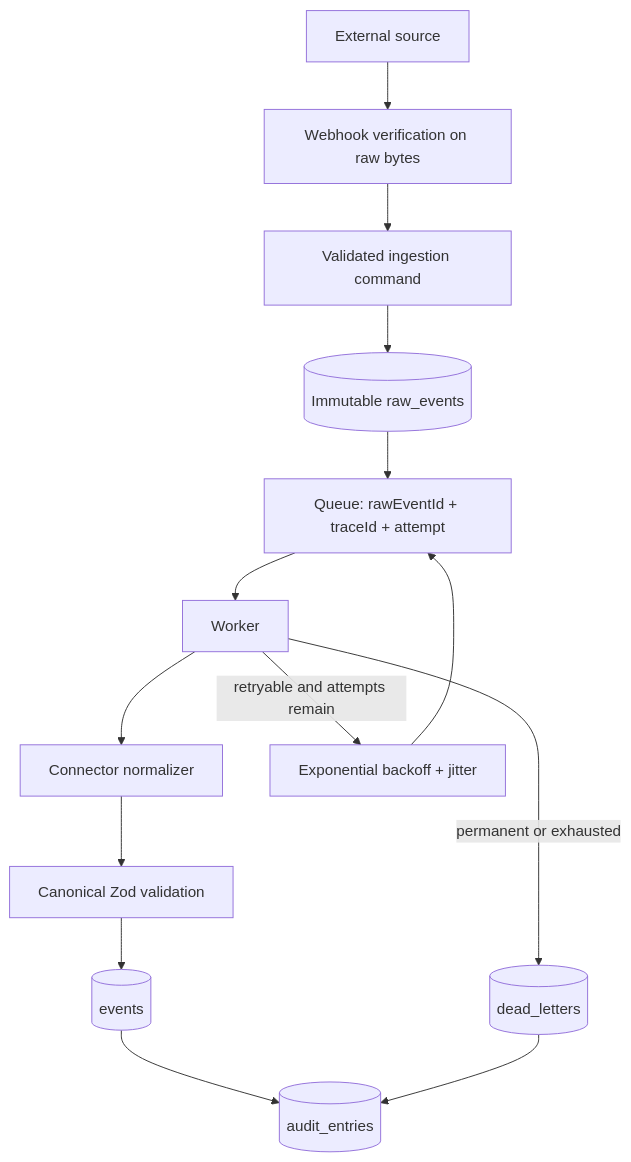
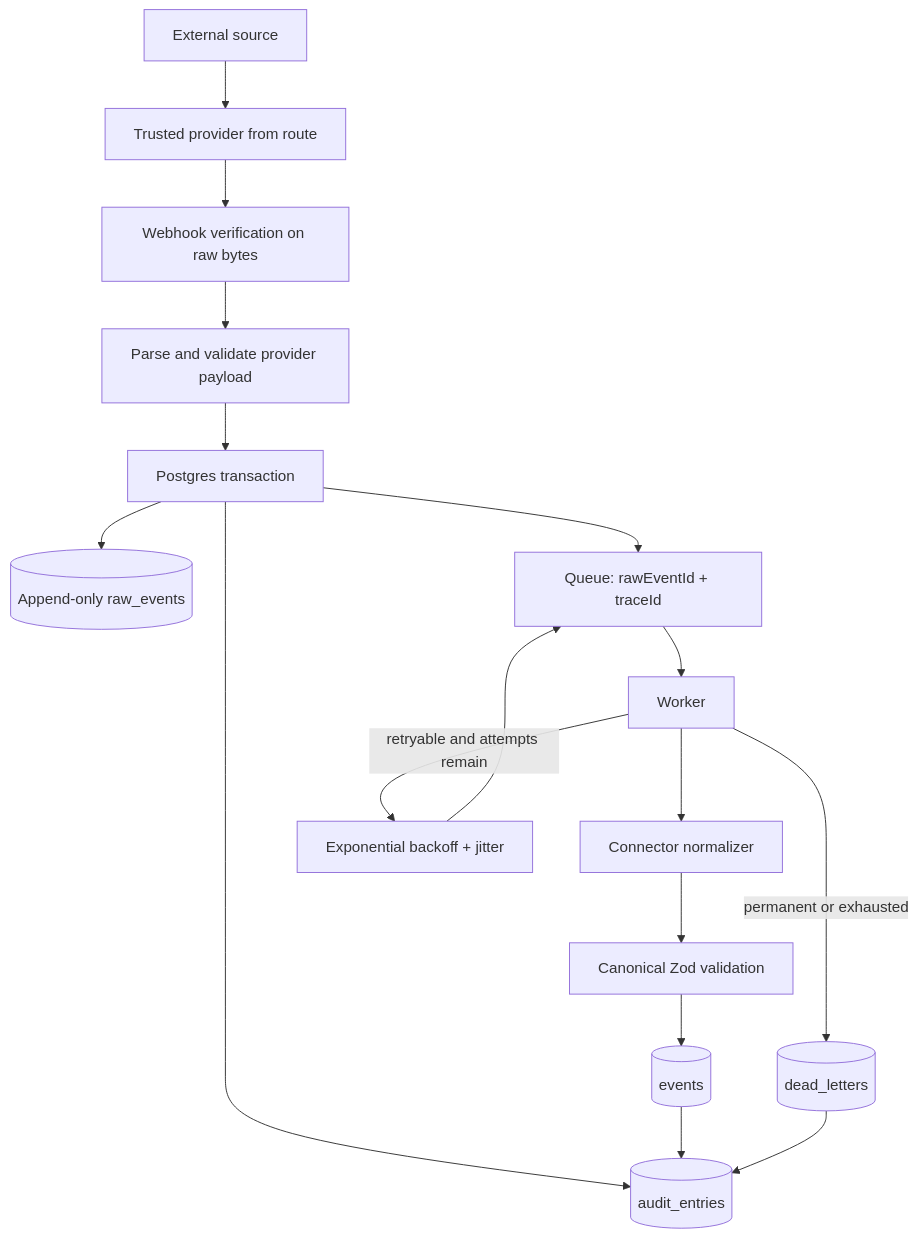
Before and after one commit to Mlekolaz/zentra-hq: the diagram in docs/architecture/EVENT_FLOW.md, drawn with Mermaid. The commit also changed other lines of this file and 39 other files, not shown here.

Commit message:
fix: harden Zentra HQ event ingestion and queue semantics

````diff
--- a/docs/architecture/EVENT_FLOW.md
+++ b/docs/architecture/EVENT_FLOW.md
@@ -3,16 +3,19 @@
 ```mermaid
 flowchart TD
-  S[External source] --> V[Webhook verification on raw bytes]
-  V --> I[Validated ingestion command]
-  I --> R[(Immutable raw_events)]
-  R --> Q[Queue: rawEventId + traceId + attempt]
+  S[External source] --> T[Trusted provider from route]
+  T --> V[Webhook verification on raw bytes]
+  V --> I[Parse and validate provider payload]
+  I --> X[Postgres transaction]
+  X --> R[(Append-only raw_events)]
+  X --> Q[Queue: rawEventId + traceId]
+  X --> A[(audit_entries)]
   Q --> W[Worker]
   W --> C[Connector normalizer]
   C --> Z[Canonical Zod validation]
   Z --> E[(events)]
-  E --> A[(audit_entries)]
+  E --> A
   W -->|retryable and attempts remain| B[Exponential backoff + jitter]
   B --> Q
   W -->|permanent or exhausted| D[(dead_letters)]
   D --> A
 ```
````
